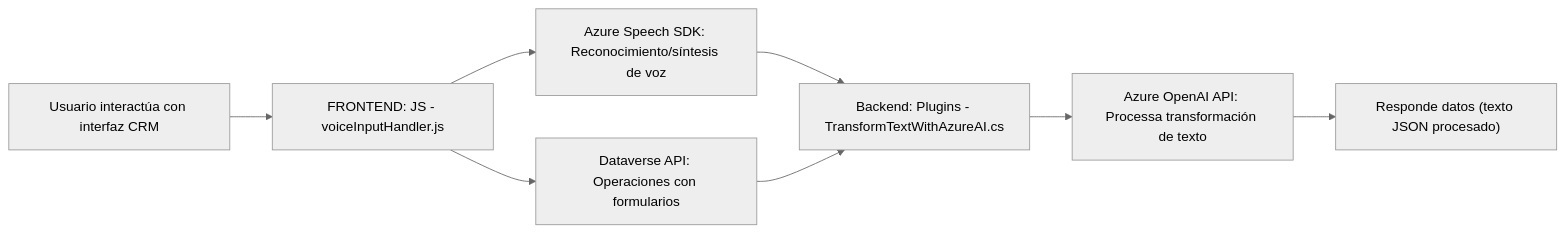
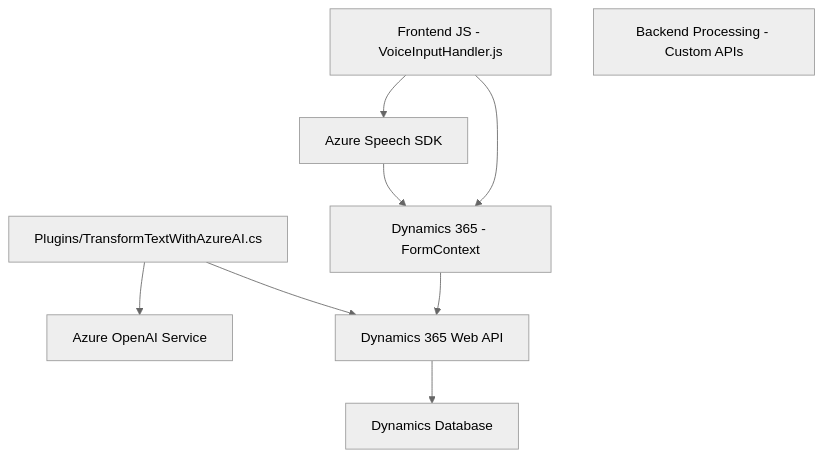
The diagram in README.md (blopezdm/NETCORE_BILBAO2025), drawn with Mermaid (neutral theme) before and after one commit. The commit also changed other lines of this file, not shown here.

Commit message:
Actualizar análisis global de la solución con IA

````diff
--- a/README.md
+++ b/README.md
@@ -71,10 +44,19 @@
 ```mermaid
-graph LR
-  A["Usuario interactúa con interfaz CRM"] --> B["FRONTEND: JS - voiceInputHandler.js"]
-  B --> C["Azure Speech SDK: Reconocimiento/síntesis de voz"]
-  B --> D["Dataverse API: Operaciones con formularios"]
-  C --> E["Backend: Plugins - TransformTextWithAzureAI.cs"]
-  D --> E
-  E --> F["Azure OpenAI API: Processa transformación de texto"]
-  F --> G["Responde datos (texto JSON procesado)"]
+graph TD
+    A["Frontend JS - VoiceInputHandler.js"]
+    B["Azure Speech SDK"]
+    C["Dynamics 365 - FormContext"]
+    D["Plugins/TransformTextWithAzureAI.cs"]
+    E["Azure OpenAI Service"]
+    F["Dynamics 365 Web API"]
+    G["Backend Processing - Custom APIs"]
+    H["Dynamics Database"]
+
+    A --> B
+    A --> C
+    B --> C
+    C --> F
+    D --> E
+    D --> F
+    F --> H
 ```
````
